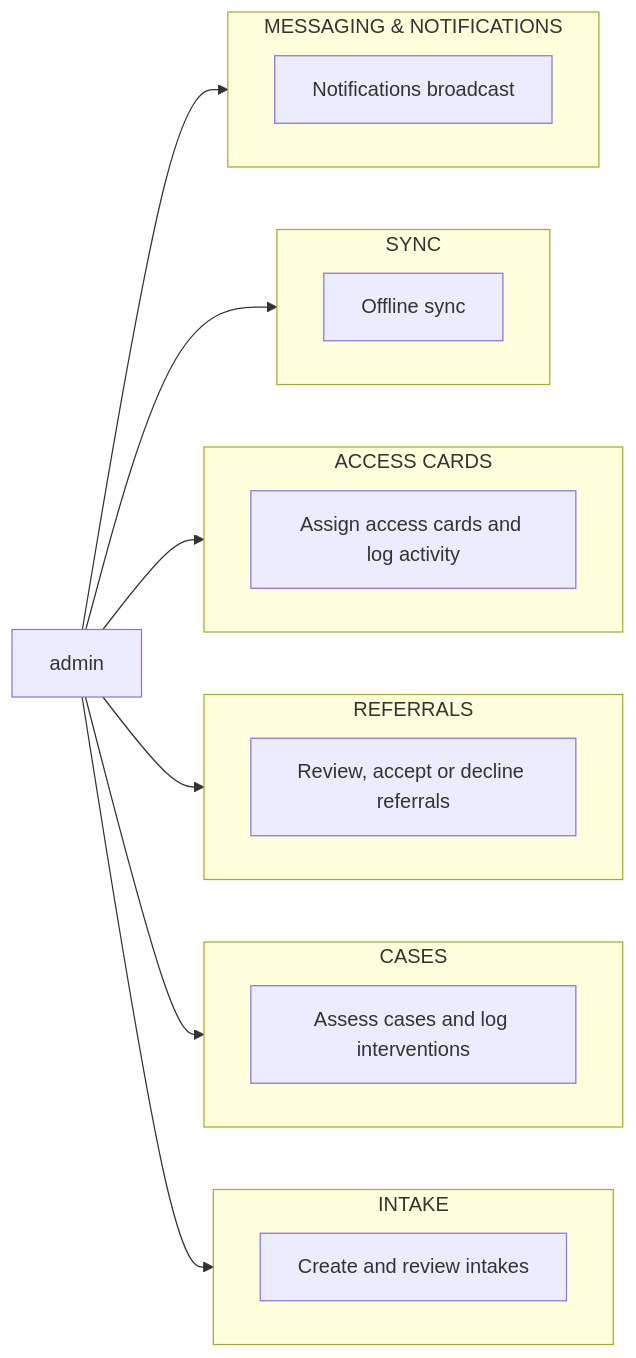
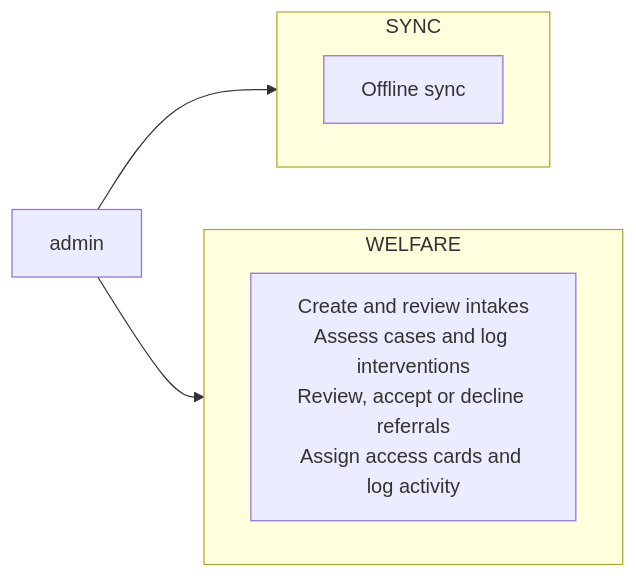
The seventh of 10 diagrams in docs/diagrams/02-use-case-diagram.md (urlsalimbot/THESIS1-KAPWA), drawn with Mermaid before and after one commit. The commit also changed other lines of this file, not shown here.

Commit message:
docs: pair each role's category-grouped use case diagram with its description on one letter page

````diff
--- a/docs/diagrams/02-use-case-diagram.md
+++ b/docs/diagrams/02-use-case-diagram.md
@@ -266,41 +204,17 @@
 ```mermaid
 flowchart LR
     AD["admin"]
 
-    subgraph Intake[INTAKE]
+    subgraph Welfare[WELFARE]
         direction LR
-        A2["Create and review intakes"]
-    end
-
-    subgraph Cases[CASES]
-        direction LR
-        A3["Assess cases and log interventions"]
-    end
-
-    subgraph Referrals[REFERRALS]
-        direction LR
-        A4["Review, accept or decline referrals"]
-    end
-
-    subgraph AccessCards[ACCESS CARDS]
-        direction LR
-        A5["Assign access cards and log activity"]
+        A4["Create and review intakes<br/>Assess cases and log interventions<br/>Review, accept or decline referrals<br/>Assign access cards and log activity"]
     end
 
     subgraph Sync[SYNC]
         direction LR
-        A11["Offline sync"]
+        A5["Offline sync"]
     end
 
-    subgraph Messaging[MESSAGING & NOTIFICATIONS]
-        direction LR
-        A12["Notifications broadcast"]
-    end
-
-    AD --> A2
-    AD --> A3
     AD --> A4
     AD --> A5
-    AD --> A11
-    AD --> A12
 ```
````
